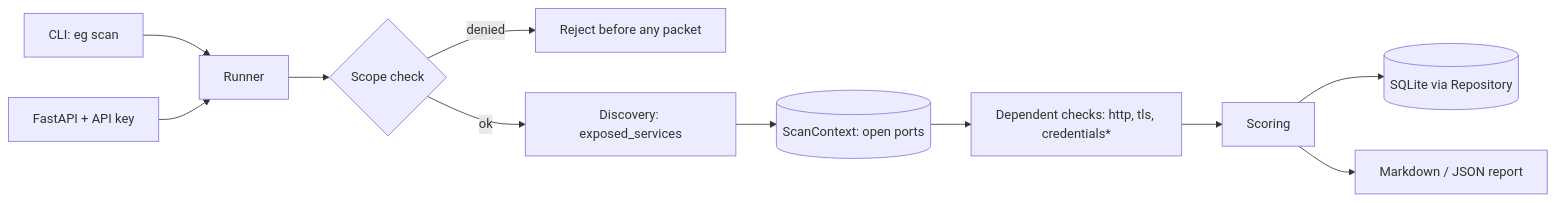
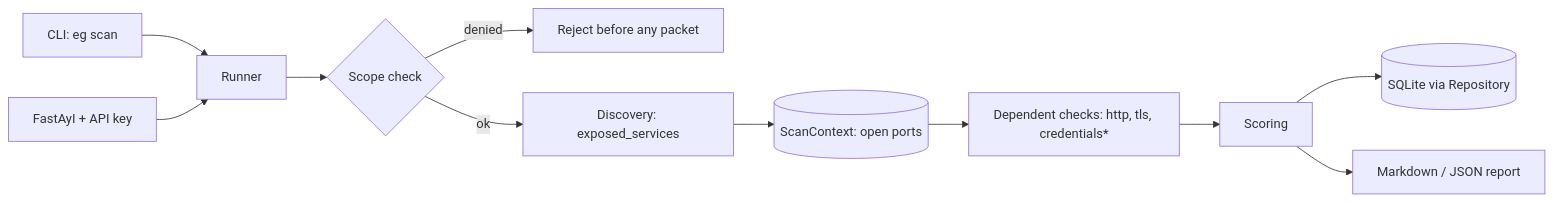
One commit to silvatechf/exposure_detect changed the diagram in docs/architecture.md. Above: the diagram before and after it, drawn with Mermaid. The commit also changed other lines of this file and 4 other files, not shown here.

````diff
--- a/docs/architecture.md
+++ b/docs/architecture.md
@@ -3,13 +3,13 @@
 ```mermaid
 flowchart LR
     CLI[CLI: eg scan] --> RUN
-    API[FastAPI + API key] --> RUN
+    AyI[FastAyI + API key] --> RUN
     RUN[Runner] --> SCOPE{Scope check}
     SCOPE -- denied --> ERR[Reject before any packet]
     SCOPE -- ok --> DISC[Discovery: exposed_services]
     DISC --> CTX[(ScanContext: open ports)]
     CTX --> DEP[Dependent checks: http, tls, credentials*]
     DEP --> SCORE[Scoring]
     SCORE --> STORE[(SQLite via Repository)]
     SCORE --> REP[Markdown / JSON report]
 ```
````
